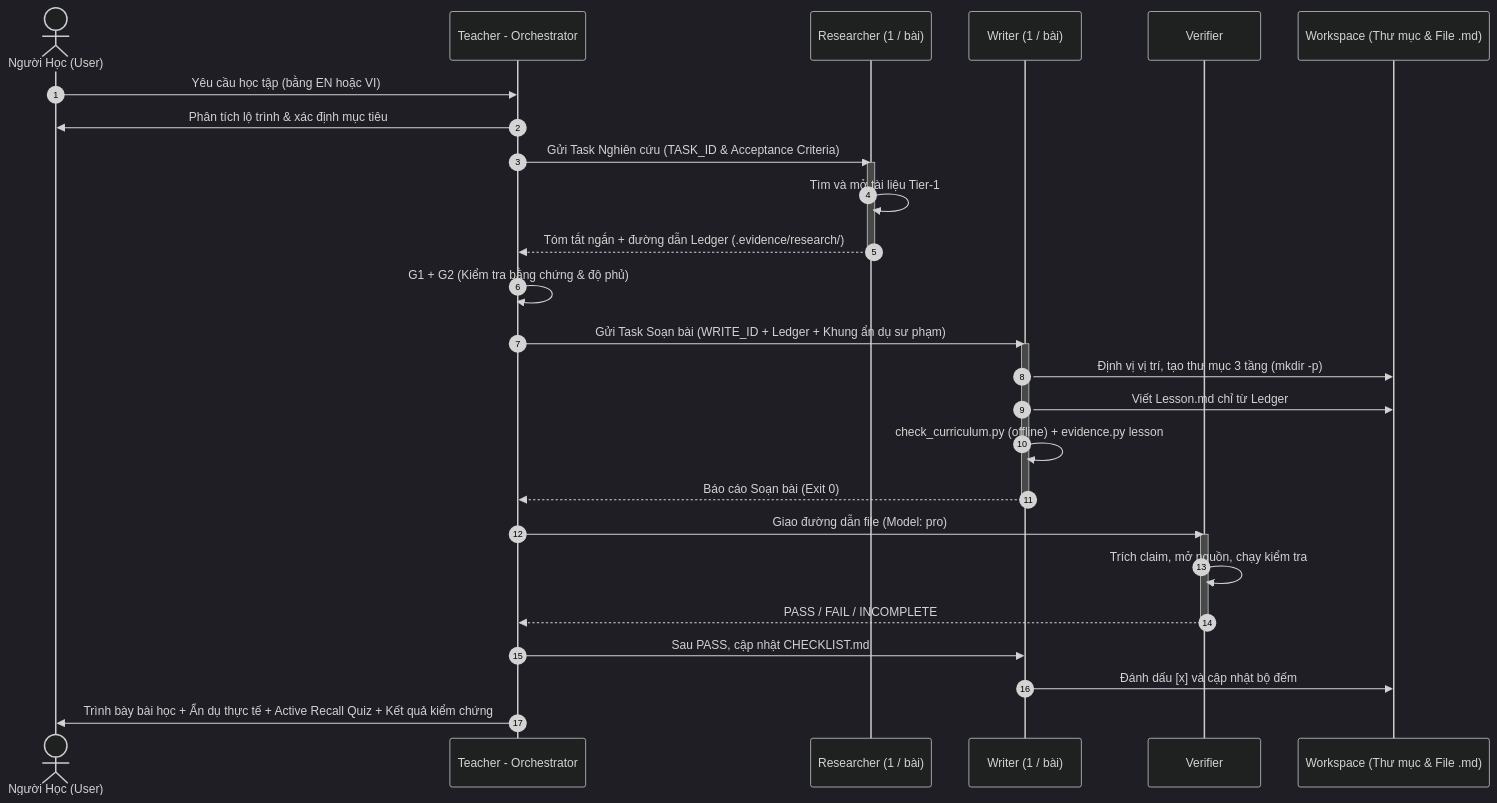
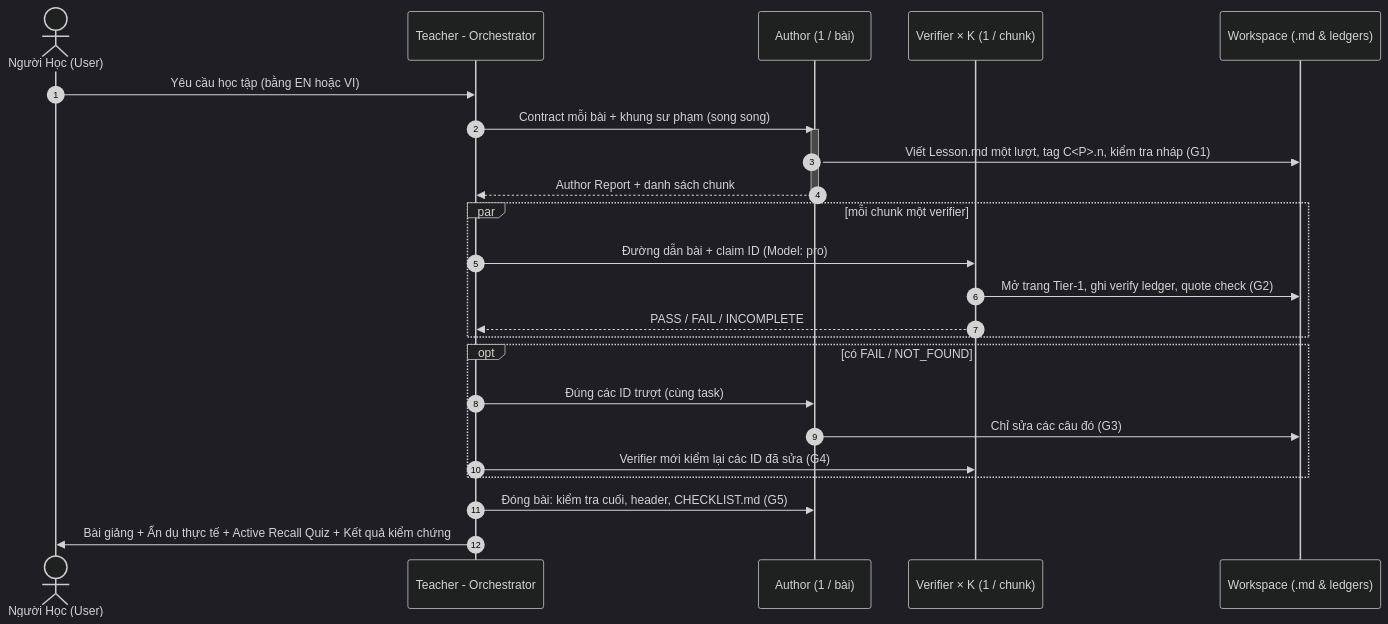
One commit to HelloMinh2122005/SelfLearn changed the diagram in .agents/README.md. Above: the diagram before and after it, drawn with Mermaid (dark theme). The commit also changed other lines of this file and 42 other files, not shown here.

````diff
--- a/.agents/README.md
+++ b/.agents/README.md
@@ -52,34 +44,28 @@
 ```mermaid
 sequenceDiagram
     autonumber
     actor Learner as Người Học (User)
     participant Teacher as Teacher - Orchestrator
-    participant R as Researcher (1 / bài)
-    participant W as Writer (1 / bài)
-    participant V as Verifier
-    participant FS as Workspace (Thư mục & File .md)
+    participant A as Author (1 / bài)
+    participant V as Verifier × K (1 / chunk)
+    participant FS as Workspace (.md & ledgers)
 
     Learner->>Teacher: Yêu cầu học tập (bằng EN hoặc VI)
-    Teacher->>Learner: Phân tích lộ trình & xác định mục tiêu
-    Teacher->>R: Gửi Task Nghiên cứu (TASK_ID & Acceptance Criteria)
-    activate R
-    R->>R: Tìm và mở tài liệu Tier-1
-    R-->>Teacher: Tóm tắt ngắn + đường dẫn Ledger (.evidence/research/)
-    deactivate R
-    Teacher->>Teacher: G1 + G2 (Kiểm tra bằng chứng & độ phủ)
-    Teacher->>W: Gửi Task Soạn bài (WRITE_ID + Ledger + Khung ẩn dụ sư phạm)
-    activate W
-    W->>FS: Định vị vị trí, tạo thư mục 3 tầng (mkdir -p)
-    W->>FS: Viết Lesson.md chỉ từ Ledger
-    W->>W: check_curriculum.py (offline) + evidence.py lesson
-    W-->>Teacher: Báo cáo Soạn bài (Exit 0)
-    deactivate W
-    Teacher->>V: Giao đường dẫn file (Model: pro)
-    activate V
-    V->>V: Trích claim, mở nguồn, chạy kiểm tra
-    V-->>Teacher: PASS / FAIL / INCOMPLETE
-    deactivate V
-    Teacher->>W: Sau PASS, cập nhật CHECKLIST.md
-    W->>FS: Đánh dấu [x] và cập nhật bộ đếm
-    Teacher->>Learner: Trình bày bài học + Ẩn dụ thực tế + Active Recall Quiz + Kết quả kiểm chứng
+    Teacher->>A: Contract mỗi bài + khung sư phạm (song song)
+    activate A
+    A->>FS: Viết Lesson.md một lượt, tag C<P>.n, kiểm tra nháp (G1)
+    A-->>Teacher: Author Report + danh sách chunk
+    deactivate A
+    par mỗi chunk một verifier
+        Teacher->>V: Đường dẫn bài + claim ID (Model: pro)
+        V->>FS: Mở trang Tier-1, ghi verify ledger, quote check (G2)
+        V-->>Teacher: PASS / FAIL / INCOMPLETE
+    end
+    opt có FAIL / NOT_FOUND
+        Teacher->>A: Đúng các ID trượt (cùng task)
+        A->>FS: Chỉ sửa các câu đó (G3)
+        Teacher->>V: Verifier mới kiểm lại các ID đã sửa (G4)
+    end
+    Teacher->>A: Đóng bài: kiểm tra cuối, header, CHECKLIST.md (G5)
+    Teacher->>Learner: Bài giảng + Ẩn dụ thực tế + Active Recall Quiz + Kết quả kiểm chứng
 ```
````
